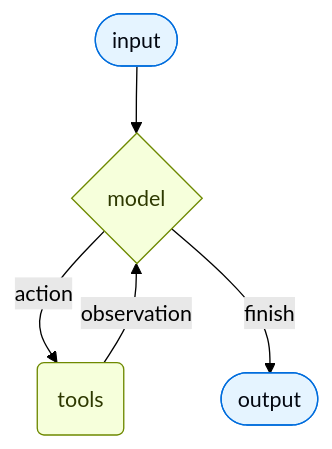
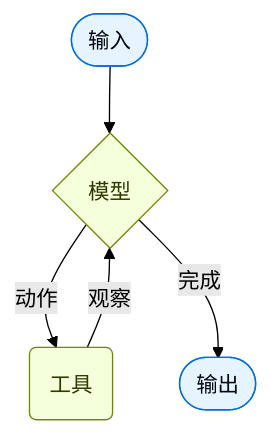
One commit to kunfan96/cndocs-langchain changed the diagram in oss/javascript/langchain/agents.mdx. Above: the diagram before and after it, drawn with Mermaid (forest theme). The commit also changed other lines of this file and 2498 other files, not shown here.

````diff
--- a/oss/javascript/langchain/agents.mdx
+++ b/oss/javascript/langchain/agents.mdx
@@ -14,29 +12,29 @@
 ```mermaid
 %%{
   init: {
     "fontFamily": "monospace",
     "flowchart": {
       "curve": "curve"
     }
   }
 }%%
 graph TD
-  %% Outside the agent
-  QUERY([input])
-  LLM{model}
-  TOOL(tools)
-  ANSWER([output])
+  %% 代理外部
+  QUERY([输入])
+  LLM{模型}
+  TOOL(工具)
+  ANSWER([输出])
 
-  %% Main flows (no inline labels)
+  %% 主要流程（无内联标签）
   QUERY --> LLM
-  LLM --"action"--> TOOL
-  TOOL --"observation"--> LLM
-  LLM --"finish"--> ANSWER
+  LLM --"动作"--> TOOL
+  TOOL --"观察"--> LLM
+  LLM --"完成"--> ANSWER
 
   classDef blueHighlight fill:#E5F4FF,stroke:#006DDD,color:#030710;
   classDef greenHighlight fill:#F6FFDB,stroke:#6E8900,color:#2E3900;
   class QUERY blueHighlight;
   class ANSWER blueHighlight;
   class LLM greenHighlight;
   class TOOL greenHighlight;
 ```
````
